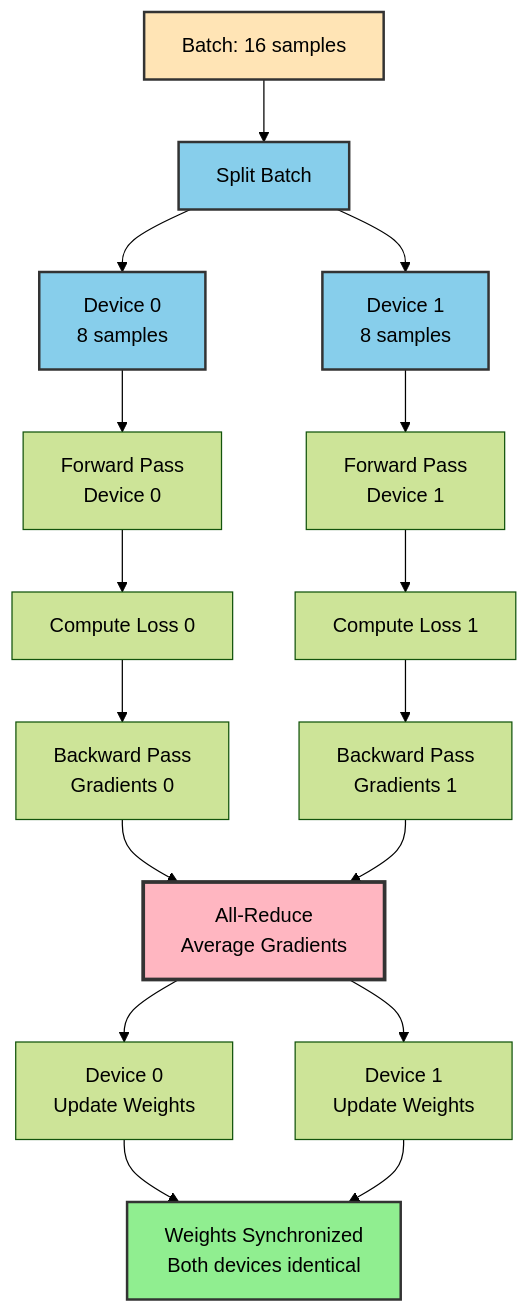
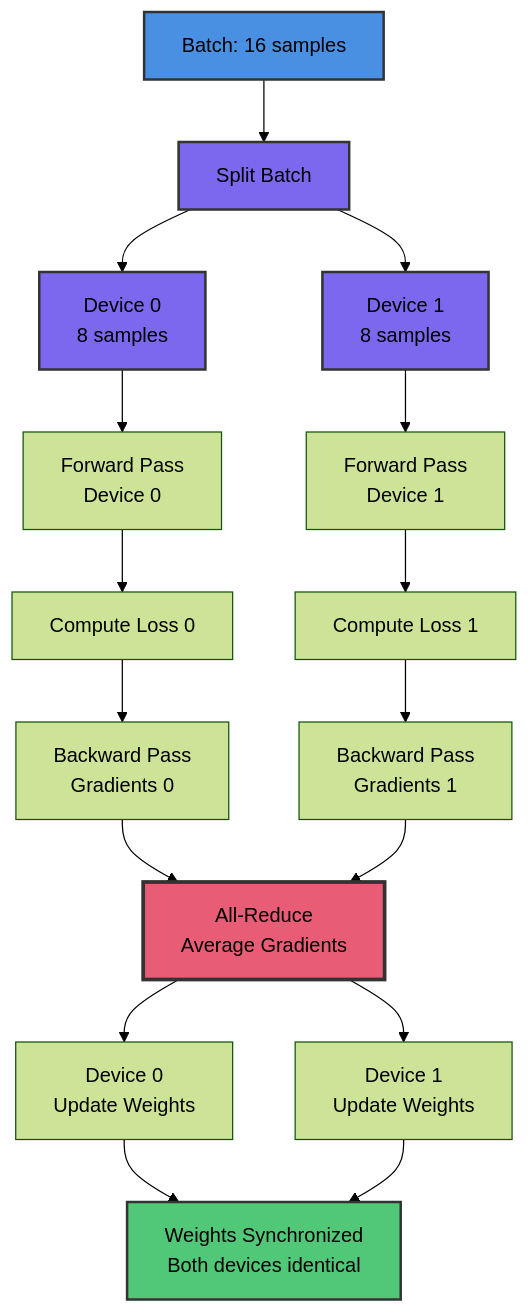
One commit to tenstorrent/tt-vscode-toolkit changed the first of 2 diagrams in content/lessons/ct5-multi-device-training.md. Above: the diagram before and after it, drawn with Mermaid (forest theme). The commit also changed other lines of this file and 9 other files, not shown here.

````diff
--- a/content/lessons/ct5-multi-device-training.md
+++ b/content/lessons/ct5-multi-device-training.md
@@ -63,32 +63,32 @@
 ```mermaid
 graph TD
     A[Batch: 16 samples] --> B[Split Batch]
 
     B --> C[Device 0<br/>8 samples]
     B --> D[Device 1<br/>8 samples]
 
     C --> E[Forward Pass<br/>Device 0]
     D --> F[Forward Pass<br/>Device 1]
 
     E --> G[Compute Loss 0]
     F --> H[Compute Loss 1]
 
     G --> I[Backward Pass<br/>Gradients 0]
     H --> J[Backward Pass<br/>Gradients 1]
 
     I --> K[All-Reduce<br/>Average Gradients]
     J --> K
 
     K --> L[Device 0<br/>Update Weights]
     K --> M[Device 1<br/>Update Weights]
 
     L --> N[Weights Synchronized<br/>Both devices identical]
     M --> N
 
-    style A fill:#FFE4B5,stroke:#333,stroke-width:2px
-    style B fill:#87CEEB,stroke:#333,stroke-width:2px
-    style C fill:#87CEEB,stroke:#333,stroke-width:2px
-    style D fill:#87CEEB,stroke:#333,stroke-width:2px
-    style K fill:#FFB6C1,stroke:#333,stroke-width:3px
-    style N fill:#90EE90,stroke:#333,stroke-width:2px
+    style A fill:#4A90E2,stroke:#333,stroke-width:2px
+    style B fill:#7B68EE,stroke:#333,stroke-width:2px
+    style C fill:#7B68EE,stroke:#333,stroke-width:2px
+    style D fill:#7B68EE,stroke:#333,stroke-width:2px
+    style K fill:#E85D75,stroke:#333,stroke-width:3px
+    style N fill:#50C878,stroke:#333,stroke-width:2px
 ```
````
